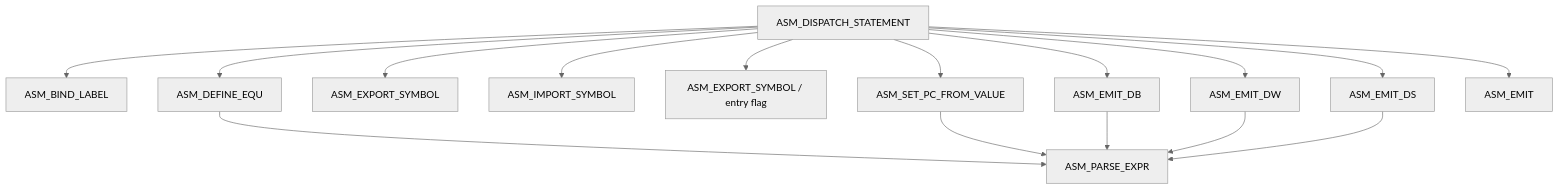
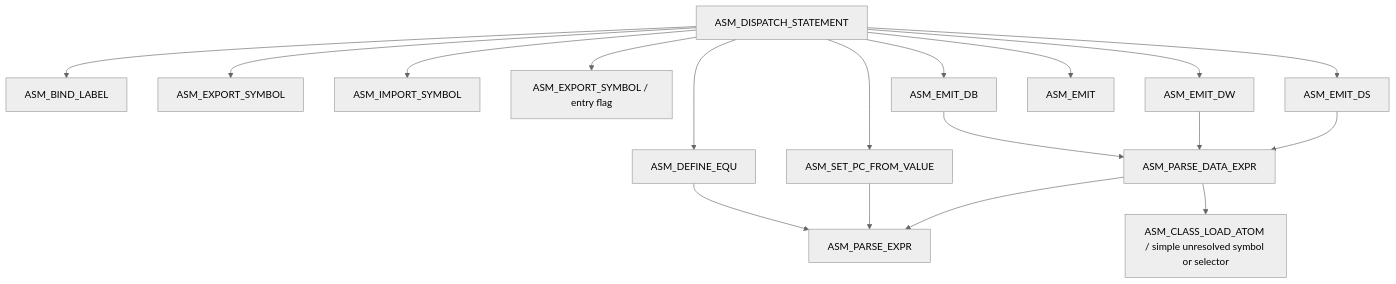
One commit to 95westus/R-YORS changed the fifth of 11 diagrams in DOC/GUIDES/ASM/ASM_CALL_MAP.md. Above: the diagram before and after it, drawn with Mermaid (neutral theme). The commit also changed other lines of this file and 45 other files, not shown here.

````diff
--- a/DOC/GUIDES/ASM/ASM_CALL_MAP.md
+++ b/DOC/GUIDES/ASM/ASM_CALL_MAP.md
@@ -113,18 +115,20 @@
 ```mermaid
 flowchart TD
     DISP["ASM_DISPATCH_STATEMENT"] --> BIND["ASM_BIND_LABEL"]
     DISP --> EQU["ASM_DEFINE_EQU"]
     DISP --> EXPORT["ASM_EXPORT_SYMBOL"]
     DISP --> IMPORT["ASM_IMPORT_SYMBOL"]
     DISP --> ENTRY["ASM_EXPORT_SYMBOL / entry flag"]
     DISP --> ORG["ASM_SET_PC_FROM_VALUE"]
     DISP --> DB["ASM_EMIT_DB"]
     DISP --> DW["ASM_EMIT_DW"]
     DISP --> DS["ASM_EMIT_DS"]
     DISP --> EMIT["ASM_EMIT"]
     EQU --> EXPR["ASM_PARSE_EXPR"]
     ORG --> EXPR
-    DB --> EXPR
-    DW --> EXPR
-    DS --> EXPR
+    DB --> DATAEXPR["ASM_PARSE_DATA_EXPR"]
+    DW --> DATAEXPR
+    DS --> DATAEXPR
+    DATAEXPR --> EXPR["ASM_PARSE_EXPR"]
+    DATAEXPR --> ATOM["ASM_CLASS_LOAD_ATOM / simple unresolved symbol or selector"]
 ```
````
